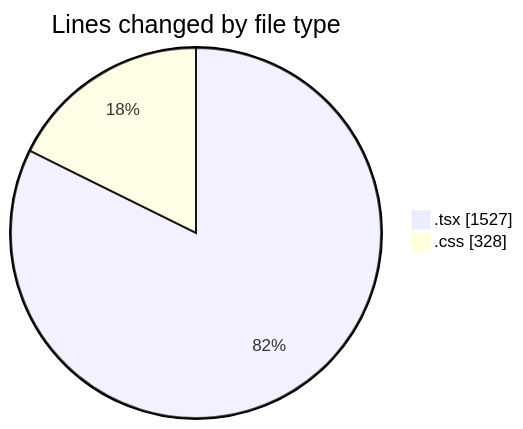
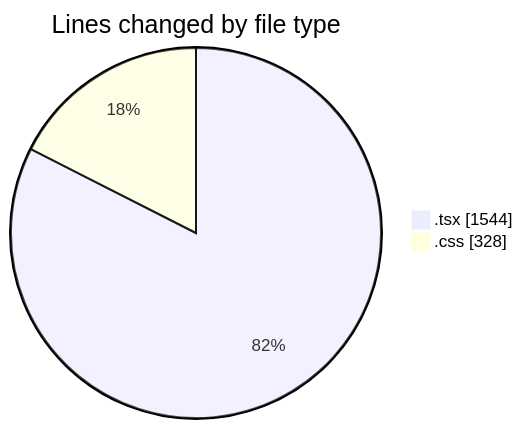
Before and after one commit to julien-gomy/code-tracking: the first of 2 diagrams in 2025-10-10/eventscop-frontend-guide__workspace_/README.md, drawn with Mermaid. The commit also changed other lines of this file and 1 other file, not shown here.

````diff
--- a/2025-10-10/eventscop-frontend-guide__workspace_/README.md
+++ b/2025-10-10/eventscop-frontend-guide__workspace_/README.md
@@ -25,6 +25,6 @@
 ```mermaid
 pie showData
 title Lines changed by file type
-".tsx" : 1527
+".tsx" : 1544
 ".css" : 328
 ```
````
